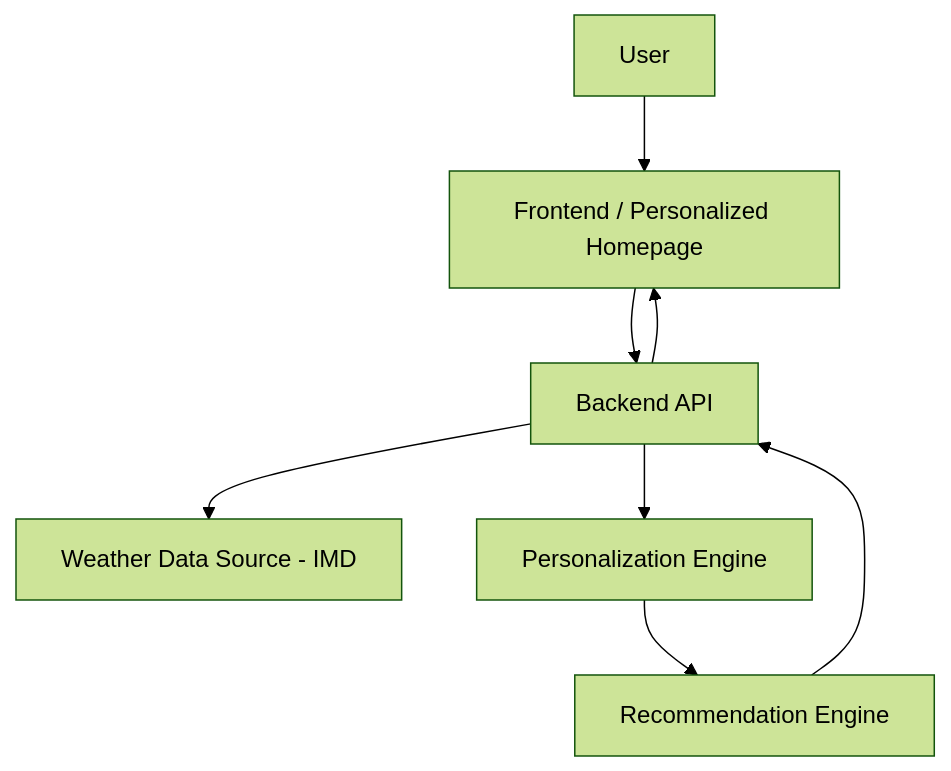
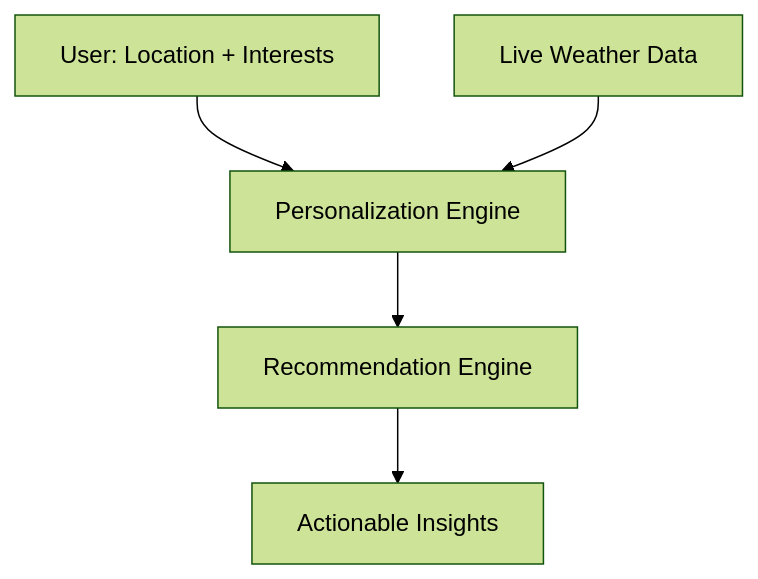
Before and after one commit to Parteek0/MAUSAM-PERSONALIZED-HOMEPAGE-: the diagram in README.md, drawn with Mermaid (forest theme). The commit also changed other lines of this file, not shown here.

````diff
--- a/README.md
+++ b/README.md
@@ -162,10 +135,7 @@
 ```mermaid
 flowchart TD
-    A[User] --> B[Frontend / Personalized Homepage]
-    B --> C[Backend API]
-    C --> D[Weather Data Source - IMD]
-    C --> E[Personalization Engine]
-    E --> F[Recommendation Engine]
-    F --> C
-    C --> B
+    A[User: Location + Interests] --> C[Personalization Engine]
+    B[Live Weather Data] --> C
+    C --> D[Recommendation Engine]
+    D --> E[Actionable Insights]
 ```
````
